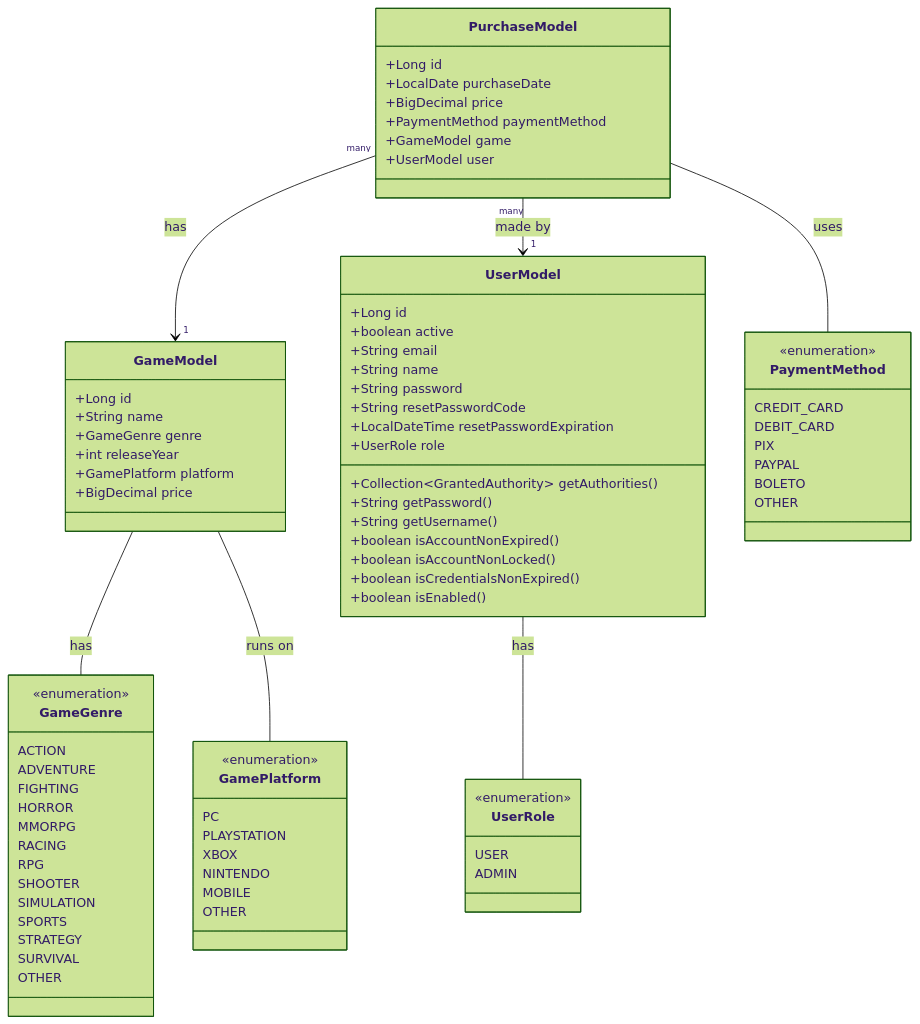
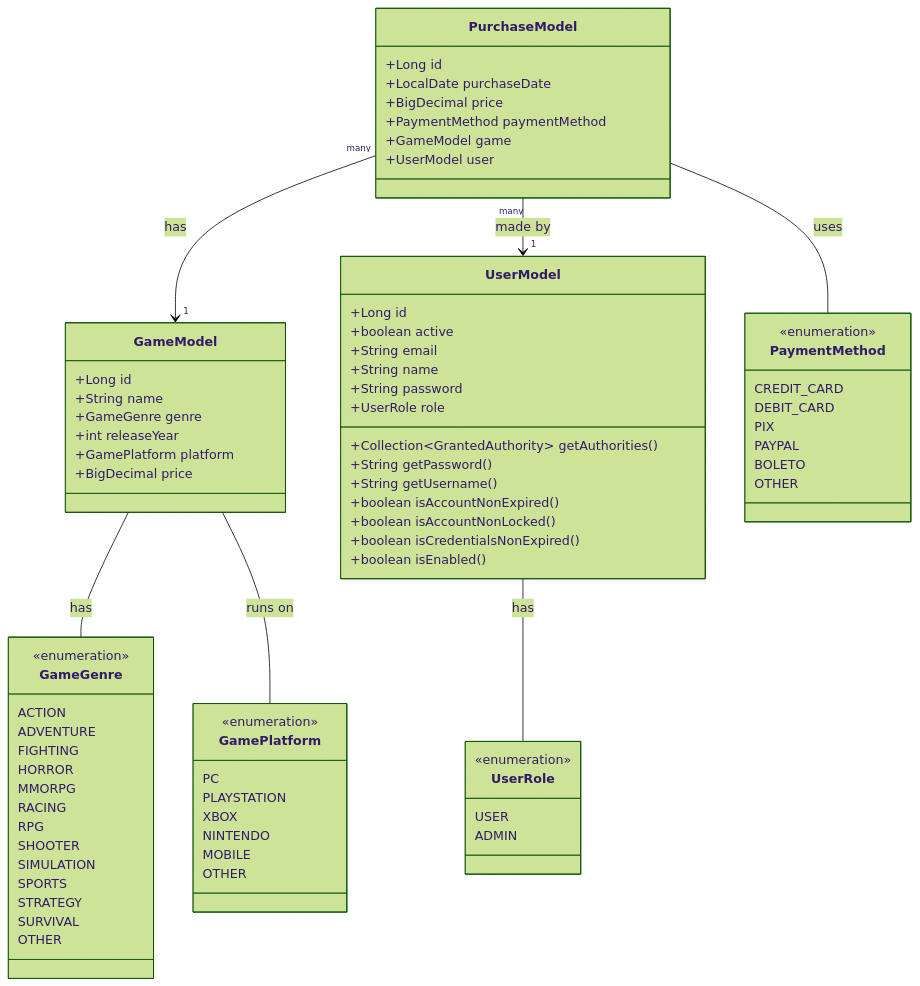
The diagram in README.md (brunoliratm/Ludus-GameStore-API), drawn with Mermaid (forest theme) before and after one commit. The commit also changed 1 other file, not shown here.

Commit message:
refactor: remove unused password reset fields from UserModel

```diff
--- a/README.md
+++ b/README.md
@@ -188,8 +188,6 @@
         +String email
         +String name
         +String password
-        +String resetPasswordCode
-        +LocalDateTime resetPasswordExpiration
         +UserRole role
         +Collection~GrantedAuthority~ getAuthorities()
         +String getPassword()
```
